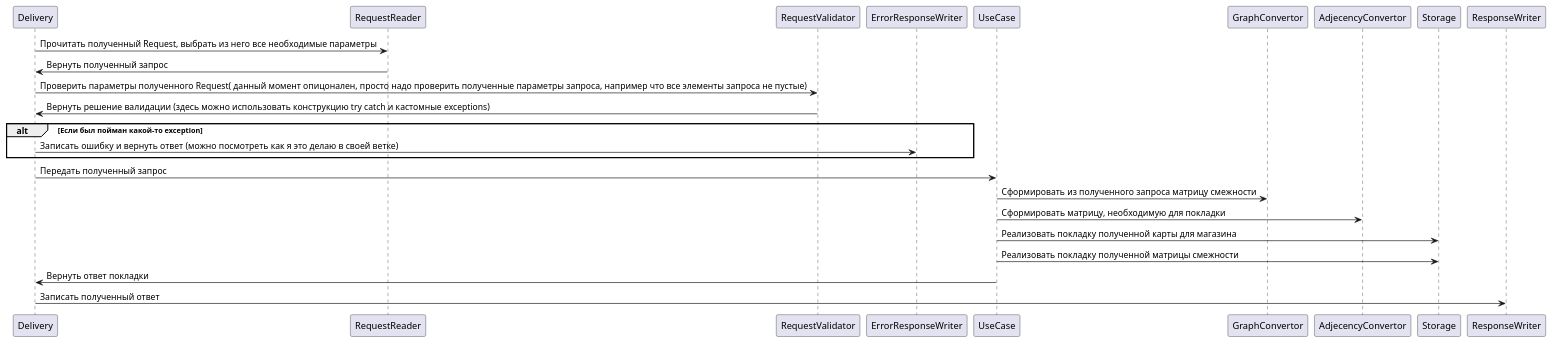
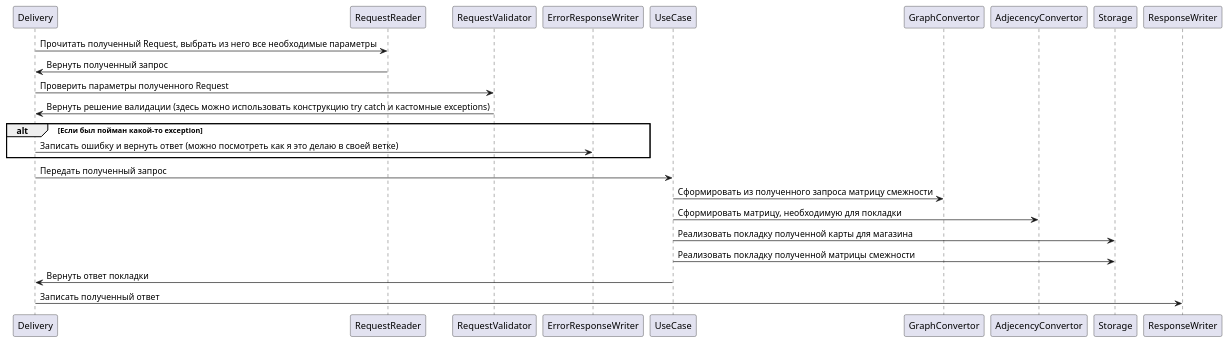
One commit to znjuko/techno-search changed the diagram in docs/mapservice/x.puml. Above: the diagram before and after it, drawn with PlantUML. The commit also changed 9 other files, not shown here.

```diff
--- a/docs/mapservice/x.puml
+++ b/docs/mapservice/x.puml
@@ -1,22 +1,22 @@
 @startuml
 
 "Delivery" -> "RequestReader" : Прочитать полученный Request, выбрать из него все необходимые параметры
 "Delivery" <- "RequestReader" : Вернуть полученный запрос
-"Delivery" -> "RequestValidator" : Проверить параметры полученного Request( данный момент опицонален, просто надо проверить полученные параметры запроса, например что все элементы запроса не пустые)
+"Delivery" -> "RequestValidator" : Проверить параметры полученного Request
 "Delivery" <- "RequestValidator" :Вернуть решение валидации (здесь можно использовать конструкцию try catch и кастомные exceptions)
 alt Если был пойман какой-то exception
 "Delivery" -> "ErrorResponseWriter": Записать ошибку и вернуть ответ (можно посмотреть как я это делаю в своей ветке)
 end
 
 "Delivery" -> "UseCase": Передать полученный запрос
 
 "UseCase" -> "GraphConvertor": Сформировать из полученного запроса матрицу смежности
 "UseCase" -> "AdjecencyConvertor": Сформировать матрицу, необходимую для покладки
 "UseCase" -> "Storage" : Реализовать покладку полученной карты для магазина
 "UseCase" -> "Storage": Реализовать покладку полученной матрицы смежности
 
 "UseCase" -> "Delivery": Вернуть ответ покладки
 "Delivery" -> "ResponseWriter": Записать полученный ответ
 
 
 @enduml
```
